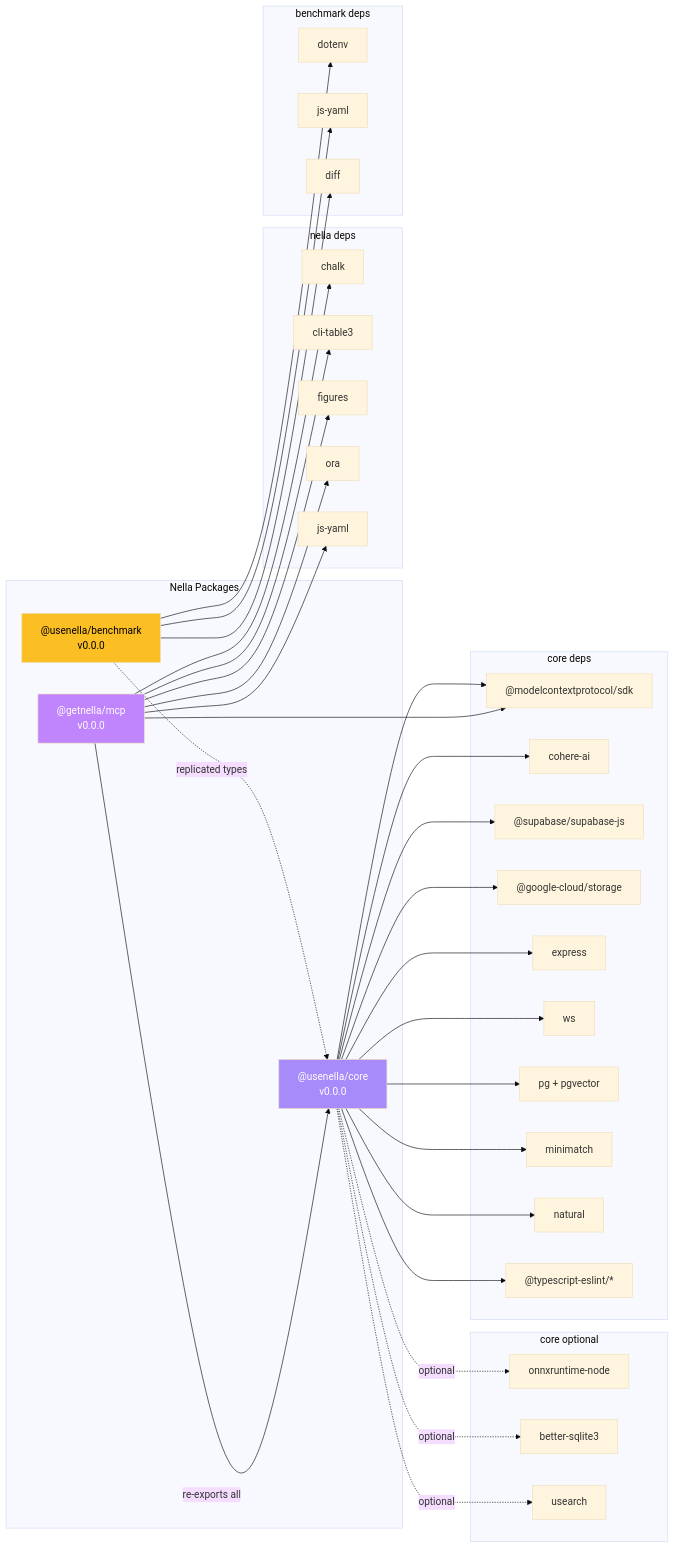
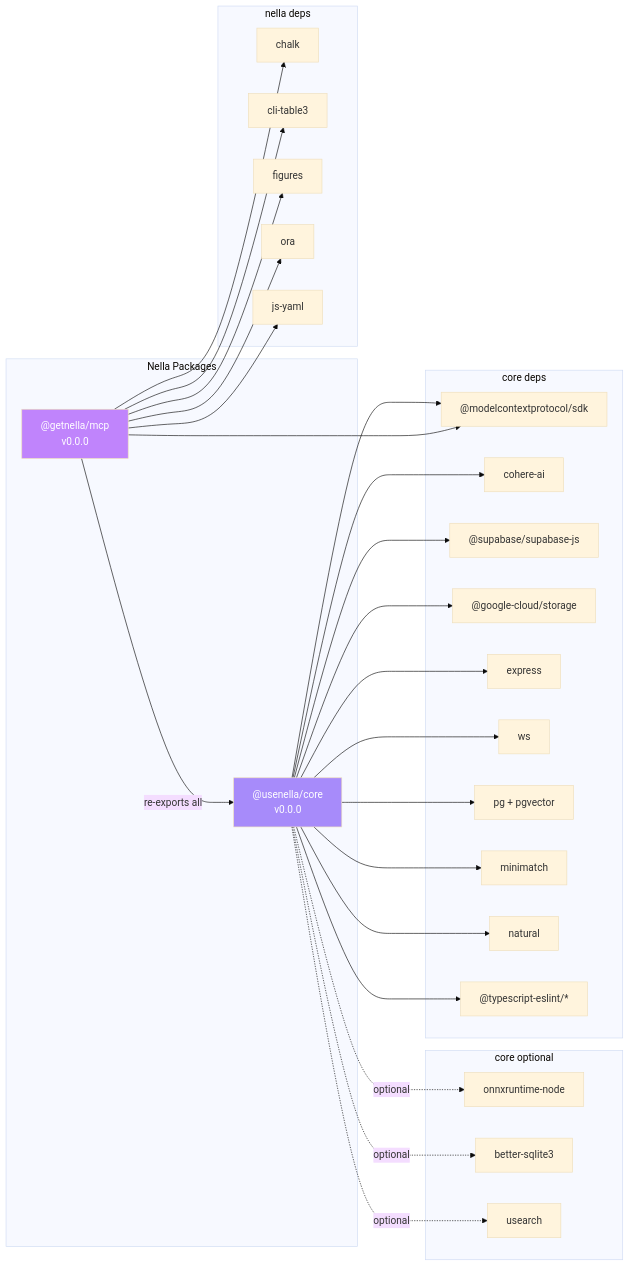
One commit to nella-labs/nella changed the third of 22 diagrams in docs/architecture.md. Above: the diagram before and after it, drawn with Mermaid (base theme). The commit also changed other lines of this file and 13 other files, not shown here.

````diff
--- a/docs/architecture.md
+++ b/docs/architecture.md
@@ -120,72 +98,59 @@
 ```mermaid
 graph LR
     subgraph packages["Nella Packages"]
         nella["@getnella/mcp<br/>v0.0.0"]
         core["@usenella/core<br/>v0.0.0"]
-        bench["@usenella/benchmark<br/>v0.0.0"]
     end
 
     subgraph nella_deps["nella deps"]
         chalk["chalk"]
         cli_table["cli-table3"]
         figures["figures"]
         ora["ora"]
         jsyaml1["js-yaml"]
     end
 
     subgraph core_deps["core deps"]
         mcp_sdk["@modelcontextprotocol/sdk"]
         cohere["cohere-ai"]
         supabase_js["@supabase/supabase-js"]
         gcs["@google-cloud/storage"]
         express["express"]
         ws_lib["ws"]
         pg["pg + pgvector"]
         minimatch["minimatch"]
         natural["natural"]
         ts_eslint["@typescript-eslint/*"]
     end
 
     subgraph core_optional["core optional"]
         onnx["onnxruntime-node"]
         sqlite["better-sqlite3"]
         usearch["usearch"]
     end
 
-    subgraph bench_deps["benchmark deps"]
-        dotenv["dotenv"]
-        jsyaml2["js-yaml"]
-        diff_lib["diff"]
-    end
-
     nella -->|"re-exports all"| core
     nella --> mcp_sdk
     nella --> chalk
     nella --> cli_table
     nella --> figures
     nella --> ora
     nella --> jsyaml1
 
     core --> mcp_sdk
     core --> cohere
     core --> supabase_js
     core --> gcs
     core --> express
     core --> ws_lib
     core --> pg
     core --> minimatch
     core --> natural
     core --> ts_eslint
     core -.->|"optional"| onnx
     core -.->|"optional"| sqlite
     core -.->|"optional"| usearch
 
-    bench -.->|"replicated types"| core
-    bench --> dotenv
-    bench --> jsyaml2
-    bench --> diff_lib
-
     style nella fill:#c084fc,color:#fff
     style core fill:#a78bfa,color:#fff
-    style bench fill:#fbbf24,color:#000
 ```
````
